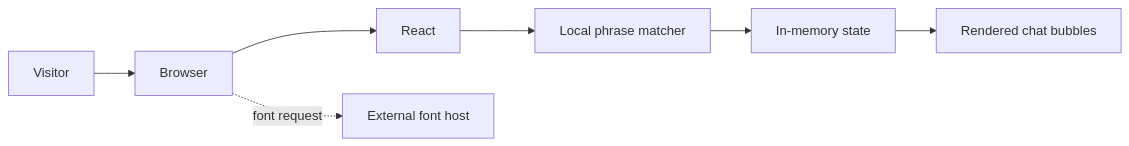
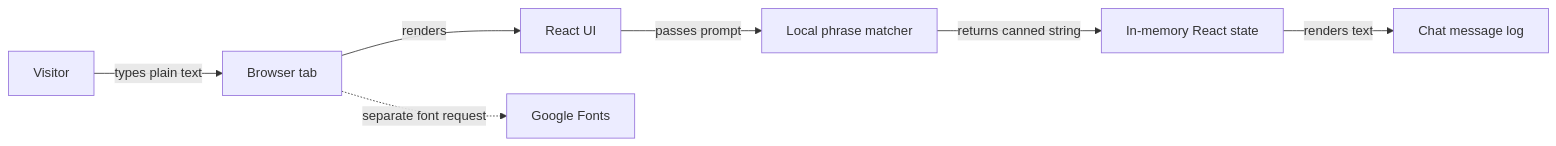
Before and after one commit to Brajesh31/chat-bot: the diagram in docs/diagrams/SYSTEM_CONTEXT.md, drawn with Mermaid. The commit also changed other lines of this file and 84 other files, not shown here.

````diff
--- a/docs/diagrams/SYSTEM_CONTEXT.md
+++ b/docs/diagrams/SYSTEM_CONTEXT.md
@@ -3,9 +9,9 @@
 ```mermaid
 flowchart LR
- Visitor --> Browser
- Browser --> React
- React --> Matcher[Local phrase matcher]
- Matcher --> State[In-memory state]
- State --> Bubbles[Rendered chat bubbles]
- Browser -. font request .-> Fonts[External font host]
+ Visitor[Visitor] -->|types plain text| Browser[Browser tab]
+ Browser -->|renders| React[React UI]
+ React -->|passes prompt| Matcher[Local phrase matcher]
+ Matcher -->|returns canned string| State[In-memory React state]
+ State -->|renders text| Chat[Chat message log]
+ Browser -. separate font request .-> Fonts[Google Fonts]
 ```
````
